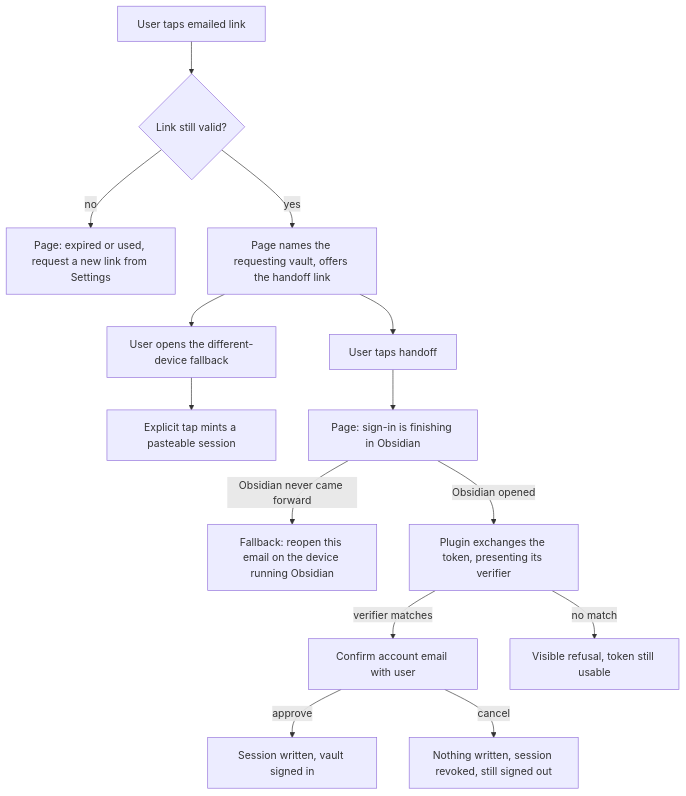
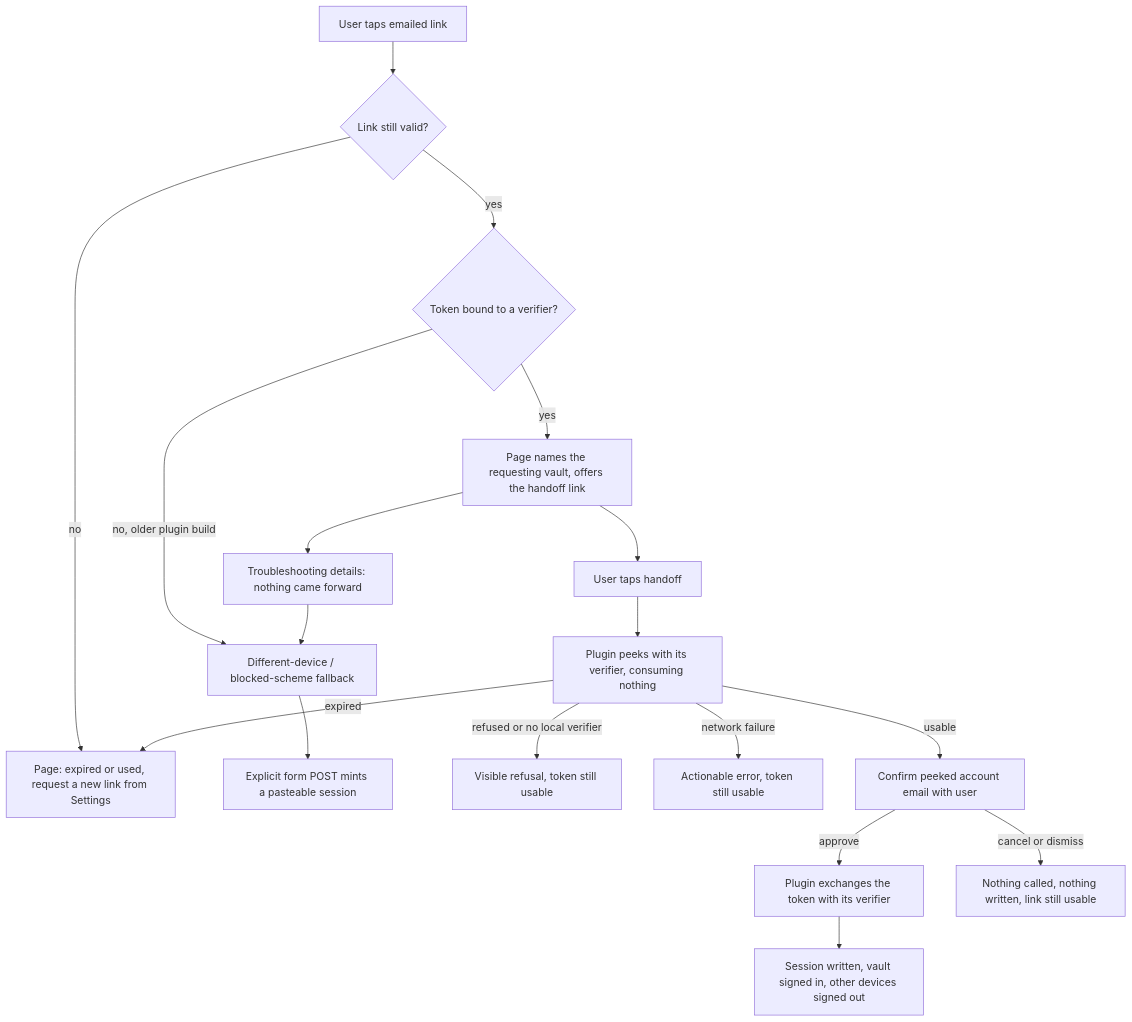
One commit to taihartman/obsidian-atoms changed the first of 3 diagrams in docs/plans/2026-08-05-240-feat-magic-link-plugin-handoff-plan.md. Above: the diagram before and after it, drawn with Mermaid. The commit also changed other lines of this file and 1 other file, not shown here.

First line of the commit message:
docs(#240): fold two doc-review rounds into the magic-link plan

````diff
--- a/docs/plans/2026-08-05-240-feat-magic-link-plugin-handoff-plan.md
+++ b/docs/plans/2026-08-05-240-feat-magic-link-plugin-handoff-plan.md
@@ -97,16 +102,20 @@
 ```mermaid
 flowchart TB
   A[User taps emailed link] --> B{Link still valid?}
   B -->|no| C[Page: expired or used, request a new link from Settings]
-  B -->|yes| D[Page names the requesting vault, offers the handoff link]
-  D --> K[User taps handoff]
-  D --> L[User opens the different-device fallback]
-  L --> M[Explicit tap mints a pasteable session]
-  K --> J[Page: sign-in is finishing in Obsidian]
-  J -->|Obsidian never came forward| E[Fallback: reopen this email on the device running Obsidian]
-  J -->|Obsidian opened| F[Plugin exchanges the token, presenting its verifier]
-  F -->|verifier matches| G[Confirm account email with user]
-  F -->|no match| N[Visible refusal, token still usable]
-  G -->|approve| H[Session written, vault signed in]
-  G -->|cancel| I[Nothing written, session revoked, still signed out]
+  B -->|yes| D{Token bound to a verifier?}
+  D -->|yes| P[Page names the requesting vault, offers the handoff link]
+  D -->|no, older plugin build| L
+  P --> K[User taps handoff]
+  P --> Q[Troubleshooting details: nothing came forward]
+  Q --> L[Different-device / blocked-scheme fallback]
+  L --> M[Explicit form POST mints a pasteable session]
+  K --> F[Plugin peeks with its verifier, consuming nothing]
+  F -->|refused or no local verifier| N[Visible refusal, token still usable]
+  F -->|expired| C
+  F -->|network failure| R[Actionable error, token still usable]
+  F -->|usable| G[Confirm peeked account email with user]
+  G -->|approve| S[Plugin exchanges the token with its verifier]
+  S --> H[Session written, vault signed in, other devices signed out]
+  G -->|cancel or dismiss| I[Nothing called, nothing written, link still usable]
 ```
````
